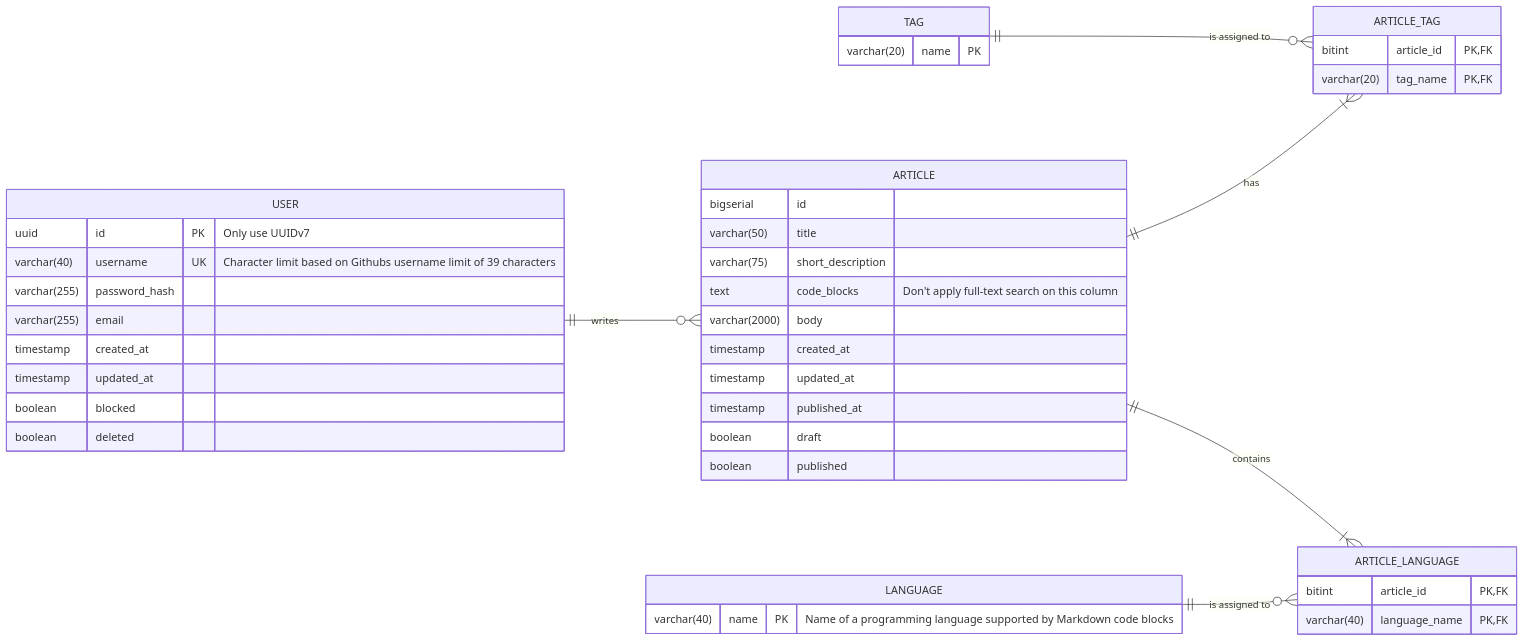
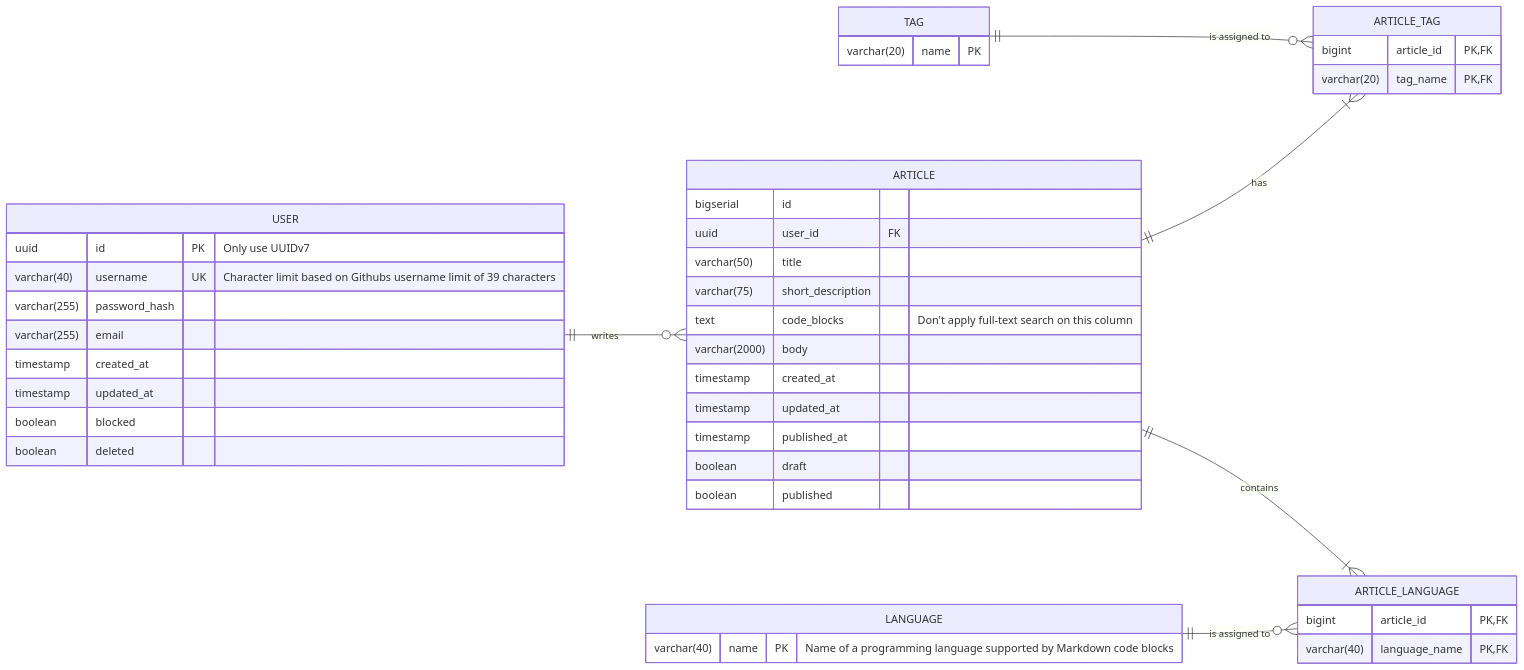
The diagram in designs/devsquare_erd.mmd (0DarkPhoenix/DevSquare), drawn with Mermaid before and after one commit.

Commit message:
fix: added missing user_id foreign key and fixed spelling mistake of bigint type

```diff
--- a/designs/devsquare_erd.mmd
+++ b/designs/devsquare_erd.mmd
@@ -1,44 +1,45 @@
 erDiagram
     direction LR
     USER ||--o{ ARTICLE : writes
     ARTICLE ||--|{ ARTICLE_TAG : has
     LANGUAGE ||--o{ ARTICLE_LANGUAGE : "is assigned to"
     ARTICLE ||--|{ ARTICLE_LANGUAGE : contains
     TAG ||--o{ ARTICLE_TAG : "is assigned to"
 
     USER {
         uuid id PK "Only use UUIDv7"
         varchar(40) username UK "Character limit based on Githubs username limit of 39 characters"
         varchar(255) password_hash
         varchar(255) email
         timestamp created_at
         timestamp updated_at
         boolean blocked
         boolean deleted
     }
     ARTICLE {
         bigserial id
+        uuid user_id FK
         varchar(50) title
         varchar(75) short_description
         text code_blocks "Don't apply full-text search on this column"
         varchar(2000) body
         timestamp created_at
         timestamp updated_at
         timestamp published_at
         boolean draft
         boolean published
     }
     ARTICLE_TAG{
-        bitint article_id PK,FK 
+        bigint article_id PK,FK 
         varchar(20) tag_name PK,FK
     }
     TAG {
         varchar(20) name PK
     }
     ARTICLE_LANGUAGE {
-        bitint article_id PK,FK
+        bigint article_id PK,FK
         varchar(40) language_name PK,FK
     }
     LANGUAGE {
         varchar(40) name PK "Name of a programming language supported by Markdown code blocks"
     }
```
